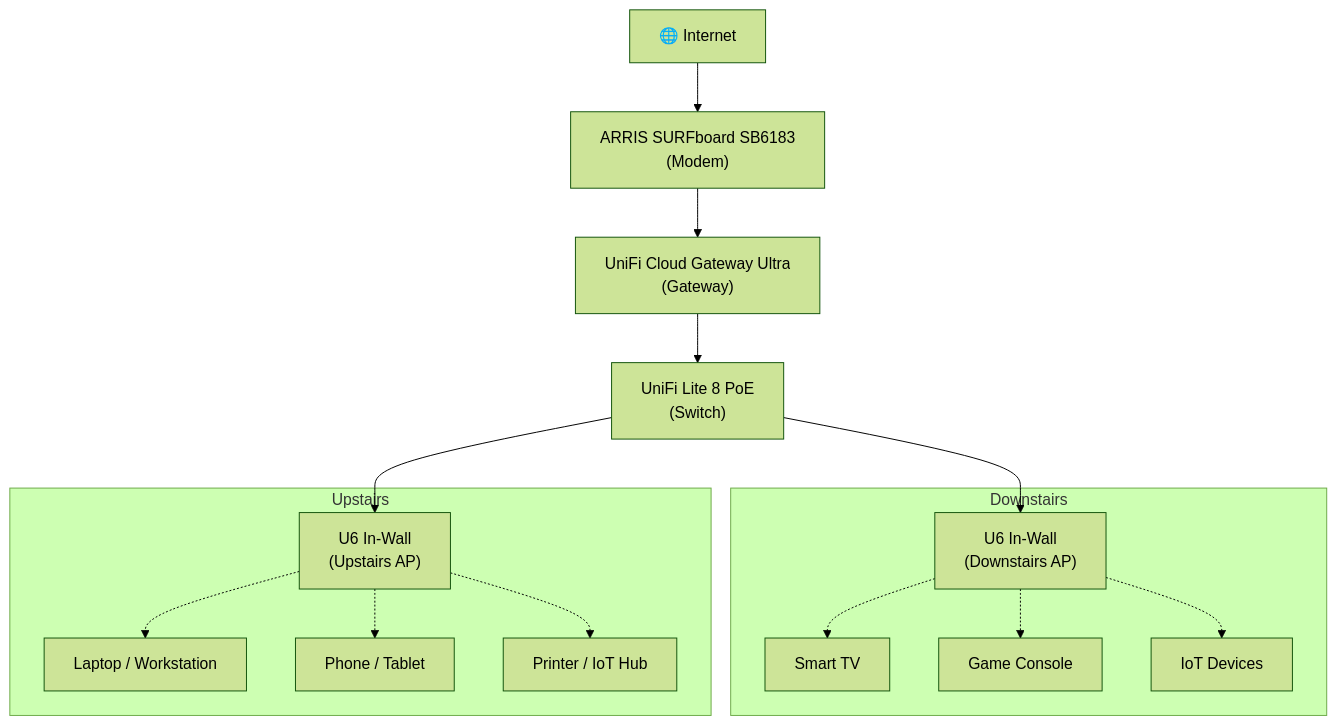
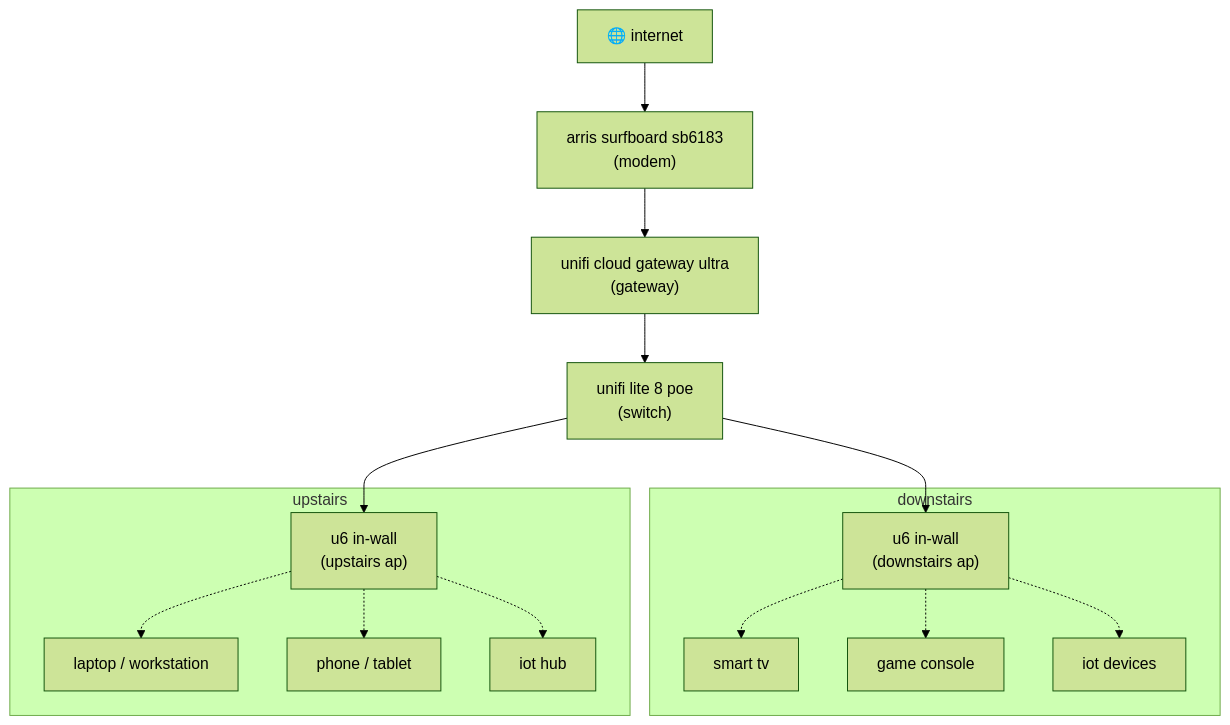
Before and after one commit to iamnande/homelab: the first of 2 diagrams in README.md, drawn with Mermaid (forest theme). The commit also changed other lines of this file, not shown here.

````diff
--- a/README.md
+++ b/README.md
@@ -29,41 +81,41 @@
 ```mermaid
 graph TD
 
     %% --- Core network path ---
-    Internet["🌐 Internet"]
-    Modem["ARRIS SURFboard SB6183<br/>(Modem)"]
-    Gateway["UniFi Cloud Gateway Ultra<br/>(Gateway)"]
-    Switch["UniFi Lite 8 PoE<br/>(Switch)"]
+    internet["🌐 internet"]
+    modem["arris surfboard sb6183<br/>(modem)"]
+    gateway["unifi cloud gateway ultra<br/>(gateway)"]
+    switch["unifi lite 8 poe<br/>(switch)"]
 
-    Internet --> Modem --> Gateway --> Switch
+    internet --> modem --> gateway --> switch
 
-    %% --- Downstairs ---
-    subgraph Downstairs
-        AP_Down["U6 In-Wall<br/>(Downstairs AP)"]
-        ClientD1["Smart TV"]
-        ClientD2["Game Console"]
-        ClientD3["IoT Devices"]
+    %% --- downstairs ---
+    subgraph downstairs
+        ap_down["u6 in-wall<br/>(downstairs ap)"]
+        client_d1["smart tv"]
+        client_d2["game console"]
+        client_d3["iot devices"]
     end
 
-    Switch --> AP_Down
-    AP_Down -.-> ClientD1
-    AP_Down -.-> ClientD2
-    AP_Down -.-> ClientD3
+    switch --> ap_down
+    ap_down -.-> client_d1
+    ap_down -.-> client_d2
+    ap_down -.-> client_d3
 
-    %% --- Upstairs ---
-    subgraph Upstairs
-        AP_Up["U6 In-Wall<br/>(Upstairs AP)"]
-        ClientU1["Laptop / Workstation"]
-        ClientU2["Phone / Tablet"]
-        ClientU3["Printer / IoT Hub"]
+    %% --- upstairs ---
+    subgraph upstairs
+        ap_up["u6 in-wall<br/>(upstairs ap)"]
+        client_u1["laptop / workstation"]
+        client_u2["phone / tablet"]
+        client_u3["iot hub"]
     end
 
-    Switch --> AP_Up
-    AP_Up -.-> ClientU1
-    AP_Up -.-> ClientU2
-    AP_Up -.-> ClientU3
+    switch --> ap_up
+    ap_up -.-> client_u1
+    ap_up -.-> client_u2
+    ap_up -.-> client_u3
 
     %% --- Legend ---
     classDef wired stroke-width:2px,stroke:#333;
     classDef wireless stroke-dasharray:5 5,stroke:#999;
 ```
````
